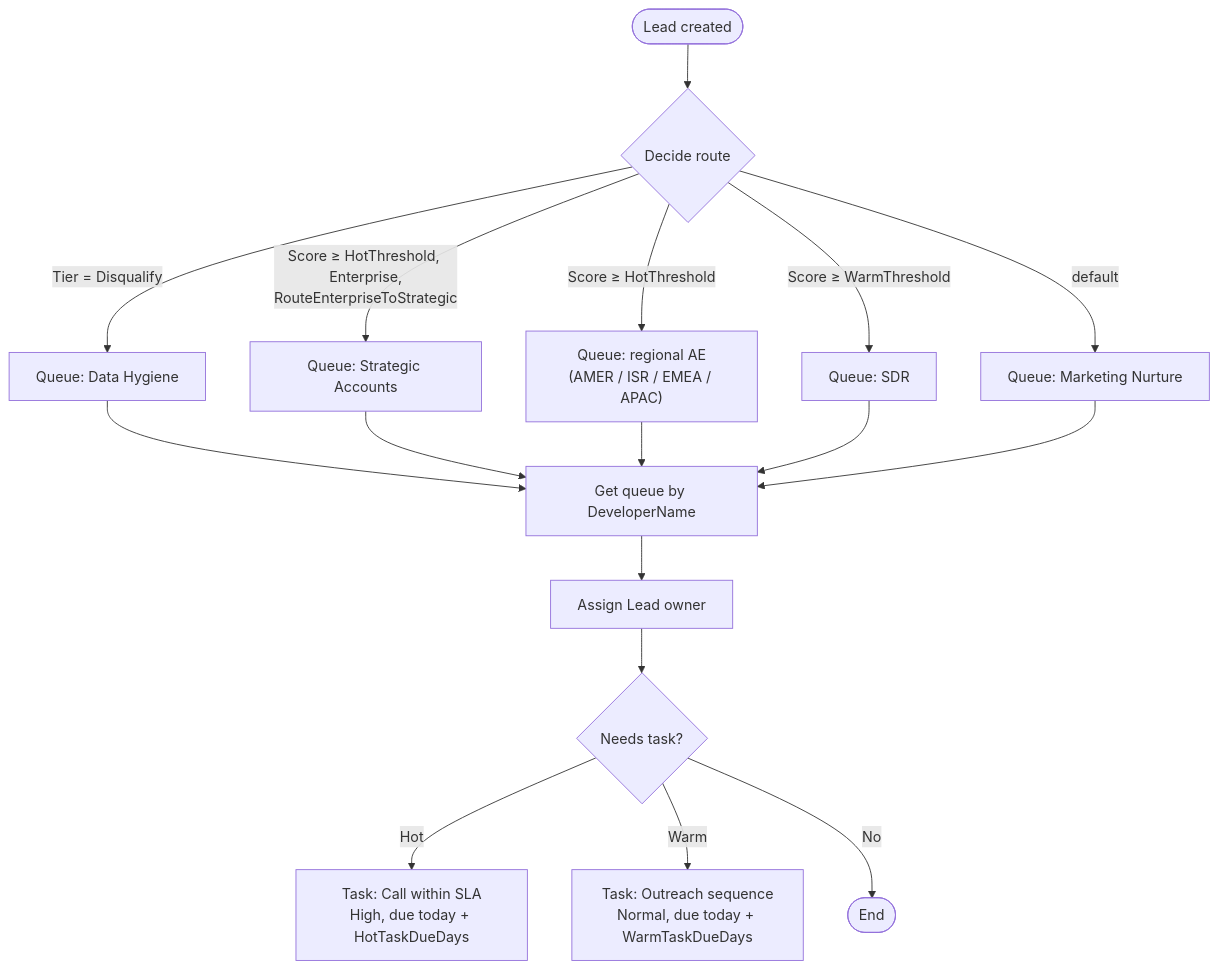
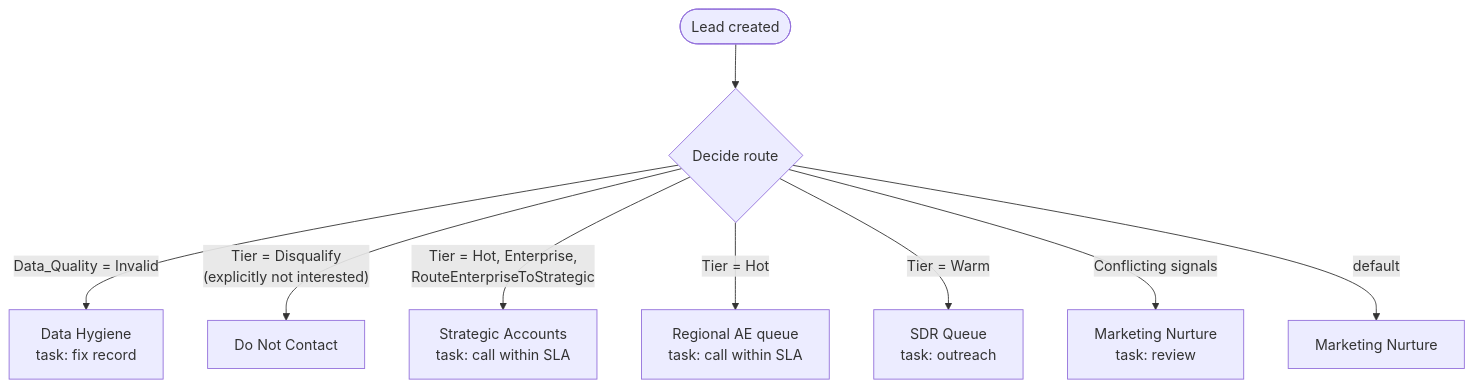
Before and after one commit to arielslaish/leadwise: the diagram in salesforce/README.md, drawn with Mermaid. The commit also changed other lines of this file and 29 other files, not shown here.

Commit message:
Separate data quality from lead quality, explainable scoring, fuzzy dedupe with audit trail, import accounting, shared summary for dashboard/CSV/PDF, regression tests

````diff
--- a/salesforce/README.md
+++ b/salesforce/README.md
@@ -16,14 +20,11 @@
 ```mermaid
 flowchart TD
     S([Lead created]) --> D{Decide route}
-    D -- "Tier = Disqualify" --> RD[Queue: Data Hygiene]
-    D -- "Score ≥ HotThreshold, Enterprise,<br/>RouteEnterpriseToStrategic" --> RS[Queue: Strategic Accounts]
-    D -- "Score ≥ HotThreshold" --> RH["Queue: regional AE<br/>(AMER / ISR / EMEA / APAC)"]
-    D -- "Score ≥ WarmThreshold" --> RW[Queue: SDR]
-    D -- default --> RN[Queue: Marketing Nurture]
-    RD & RS & RH & RW & RN --> G[Get queue by DeveloperName] --> O[Assign Lead owner]
-    O --> T{Needs task?}
-    T -- "Hot" --> TH["Task: Call within SLA<br/>High, due today + HotTaskDueDays"]
-    T -- "Warm" --> TW["Task: Outreach sequence<br/>Normal, due today + WarmTaskDueDays"]
-    T -- "No" --> E([End])
+    D -- "Data_Quality = Invalid" --> RI["Data Hygiene<br/>task: fix record"]
+    D -- "Tier = Disqualify<br/>(explicitly not interested)" --> RD[Do Not Contact]
+    D -- "Tier = Hot, Enterprise,<br/>RouteEnterpriseToStrategic" --> RS["Strategic Accounts<br/>task: call within SLA"]
+    D -- "Tier = Hot" --> RH["Regional AE queue<br/>task: call within SLA"]
+    D -- "Tier = Warm" --> RW["SDR Queue<br/>task: outreach"]
+    D -- "Conflicting signals" --> RR["Marketing Nurture<br/>task: review"]
+    D -- default --> RN[Marketing Nurture]
 ```
````
